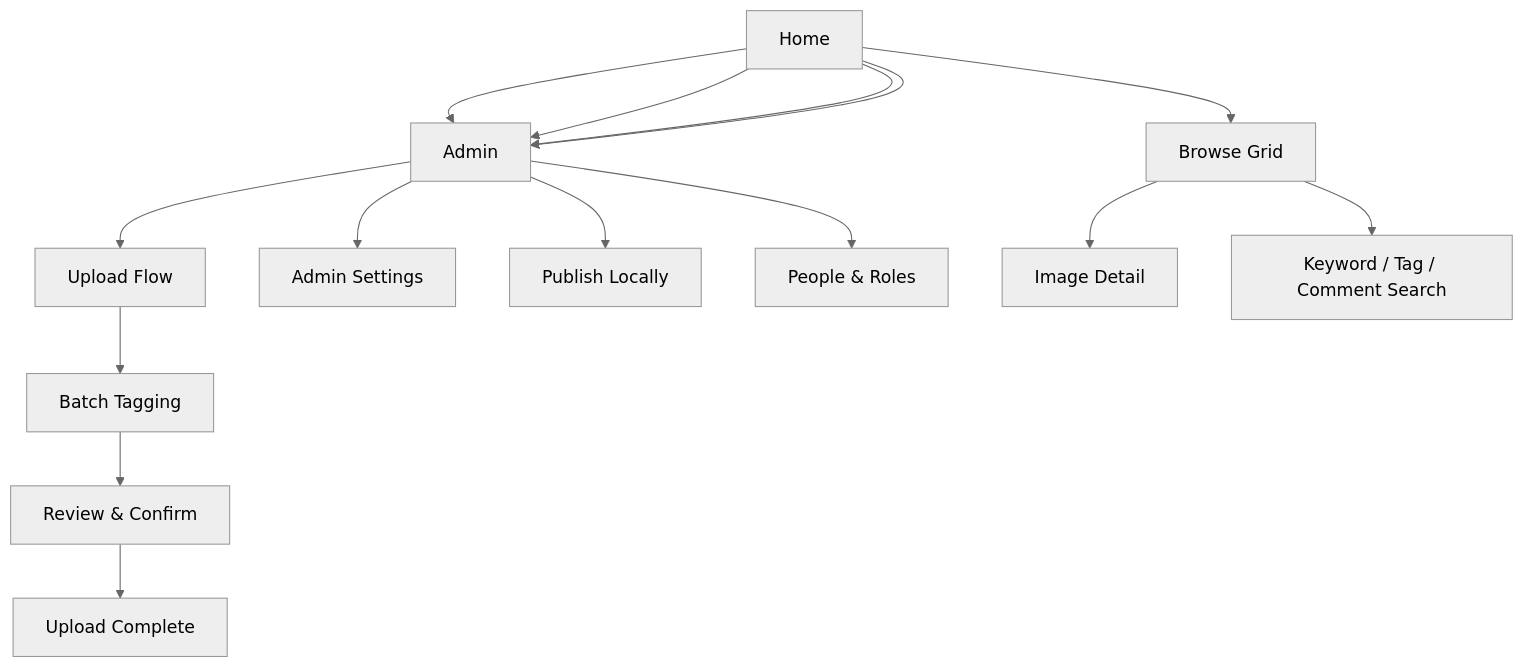
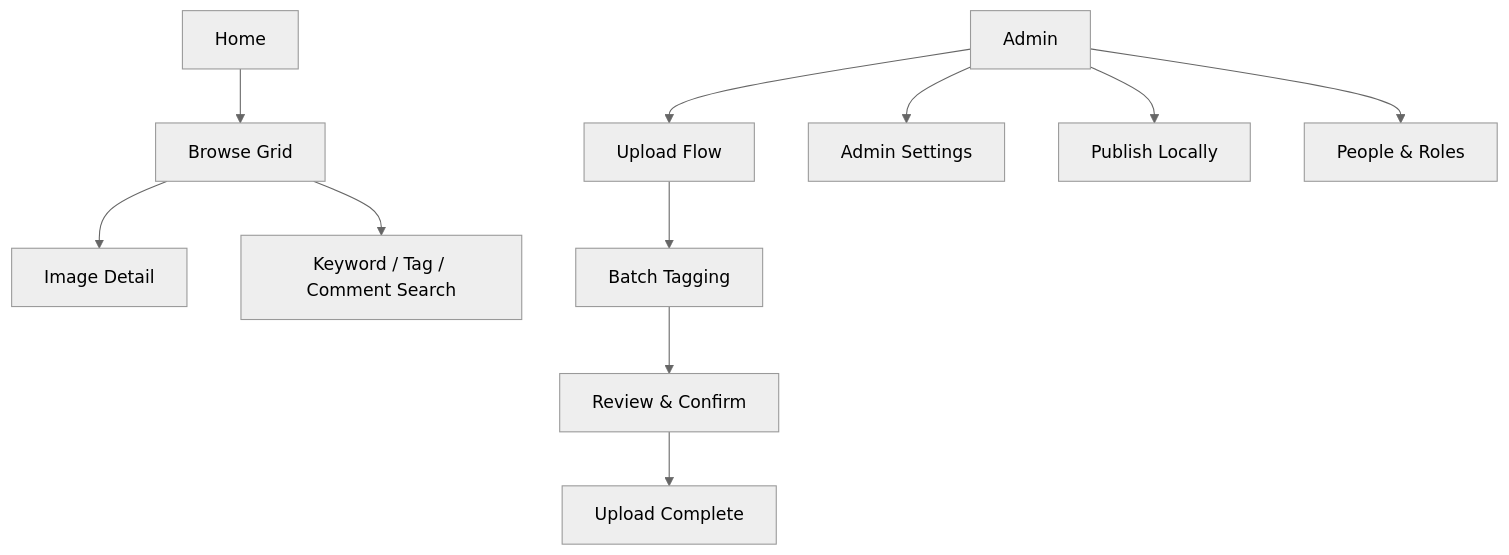
One commit to leahgarrett/image-management-system changed the first of 7 diagrams in docs/ui-flow.md. Above: the diagram before and after it, drawn with Mermaid (neutral theme).

Commit message:
fix: duplicate connections

````diff
--- a/docs/ui-flow.md
+++ b/docs/ui-flow.md
@@ -12,15 +12,15 @@
 ```mermaid
 flowchart TD
     Home[Home] --> Browse[Browse Grid]
-    Home --> Admin --> Upload[Upload Flow<br/> ]
-    Home --> Admin --> Settings[Admin Settings<br/>]
-    Home --> Admin --> Publish[Publish Locally<br/>]
-    Home --> Admin --> People[People & Roles<br/>]
+    Admin --> Upload[Upload Flow]
+    Admin --> Settings[Admin Settings<br/>]
+    Admin --> Publish[Publish Locally<br/>]
+    Admin --> People[People & Roles<br/>]
 
     Browse --> Detail[Image Detail]
     Browse --> SearchBar[Keyword / Tag / Comment Search]
 
     Upload --> BatchTag[Batch Tagging]
     BatchTag --> ReviewUpload[Review & Confirm]
     ReviewUpload --> DoneUpload[Upload Complete]
 ```
````
